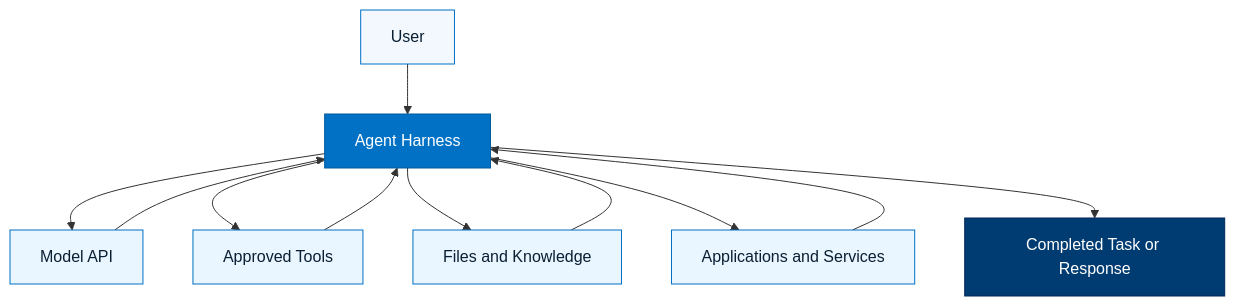
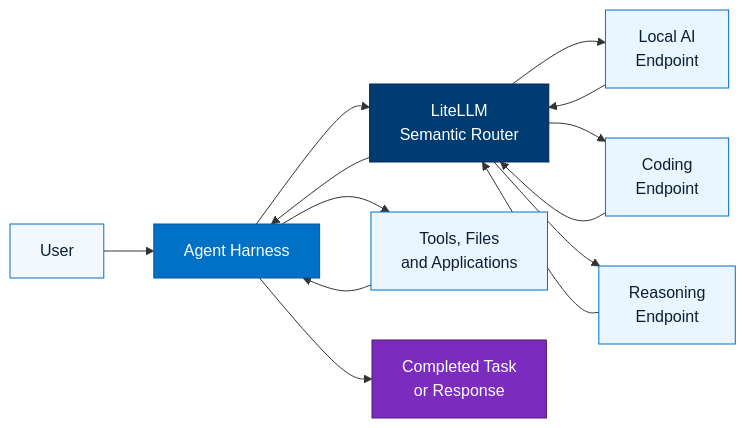
One commit to malcolmchanhaoxian/Intel-SG-Workshop-2026 changed the seventh of 9 diagrams in README.md. Above: the diagram before and after it, drawn with Mermaid. The commit also changed other lines of this file, not shown here.

````diff
--- a/README.md
+++ b/README.md
@@ -338,26 +424,32 @@
 ```mermaid
-flowchart TB
-    USER["User"] --> AGENT["Agent Harness"]
+flowchart LR
+    USER["User"] -->
+    AGENT["Agent Harness"] -->
+    ROUTER["LiteLLM<br/>Semantic Router"]
 
-    AGENT --> MODEL["Model API"]
-    AGENT --> TOOLS["Approved Tools"]
-    AGENT --> FILES["Files and Knowledge"]
-    AGENT --> APPS["Applications and Services"]
+    ROUTER --> LOCAL["Local AI<br/>Endpoint"]
+    ROUTER --> CODE["Coding<br/>Endpoint"]
+    ROUTER --> REASON["Reasoning<br/>Endpoint"]
 
-    MODEL --> AGENT
+    AGENT --> TOOLS["Tools, Files<br/>and Applications"]
     TOOLS --> AGENT
-    FILES --> AGENT
-    APPS --> AGENT
 
-    AGENT --> RESULT["Completed Task or Response"]
+    LOCAL --> ROUTER
+    CODE --> ROUTER
+    REASON --> ROUTER
+
+    ROUTER --> AGENT
+    AGENT --> RESULT["Completed Task<br/>or Response"]
 
     classDef user fill:#f3f8ff,stroke:#0071c5,color:#0b1f33;
     classDef agent fill:#0071c5,stroke:#005a9c,color:#ffffff;
-    classDef resource fill:#e9f5ff,stroke:#0071c5,color:#0b1f33;
-    classDef result fill:#003c71,stroke:#00285a,color:#ffffff;
+    classDef router fill:#003c71,stroke:#00285a,color:#ffffff;
+    classDef endpoint fill:#e9f5ff,stroke:#0071c5,color:#0b1f33;
+    classDef result fill:#7b2cbf,stroke:#4c1d73,color:#ffffff;
 
     class USER user;
     class AGENT agent;
-    class MODEL,TOOLS,FILES,APPS resource;
+    class ROUTER router;
+    class LOCAL,CODE,REASON,TOOLS endpoint;
     class RESULT result;
 ```
````
